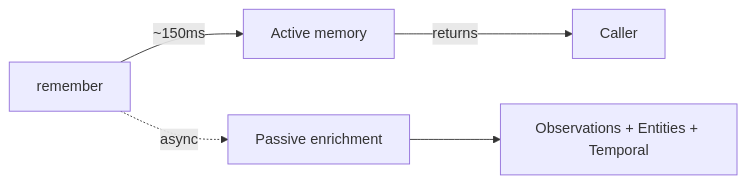
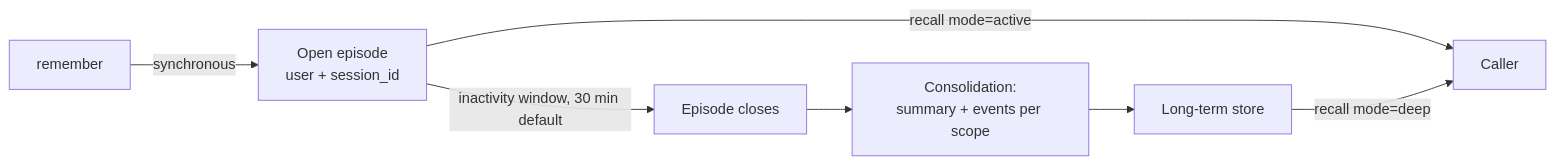
The first of 2 diagrams in concepts/memory-model.mdx (metacoglabs/docs), drawn with Mermaid before and after one commit. The commit also changed other lines of this file and 44 other files, not shown here.

````diff
--- a/concepts/memory-model.mdx
+++ b/concepts/memory-model.mdx
@@ -22,7 +29,9 @@
 ```mermaid
 flowchart LR
-    A[remember] -->|~150ms| B[Active memory]
-    B -->|returns| C[Caller]
-    A -.->|async| D[Passive enrichment]
-    D --> E[Observations + Entities + Temporal]
+    A[remember] -->|synchronous| B[Open episode<br/>user + session_id]
+    B -->|recall mode=active| C[Caller]
+    B -->|inactivity window, 30 min default| D[Episode closes]
+    D --> E[Consolidation:<br/>summary + events per scope]
+    E --> F[Long-term store]
+    F -->|recall mode=deep| C
 ```
````
